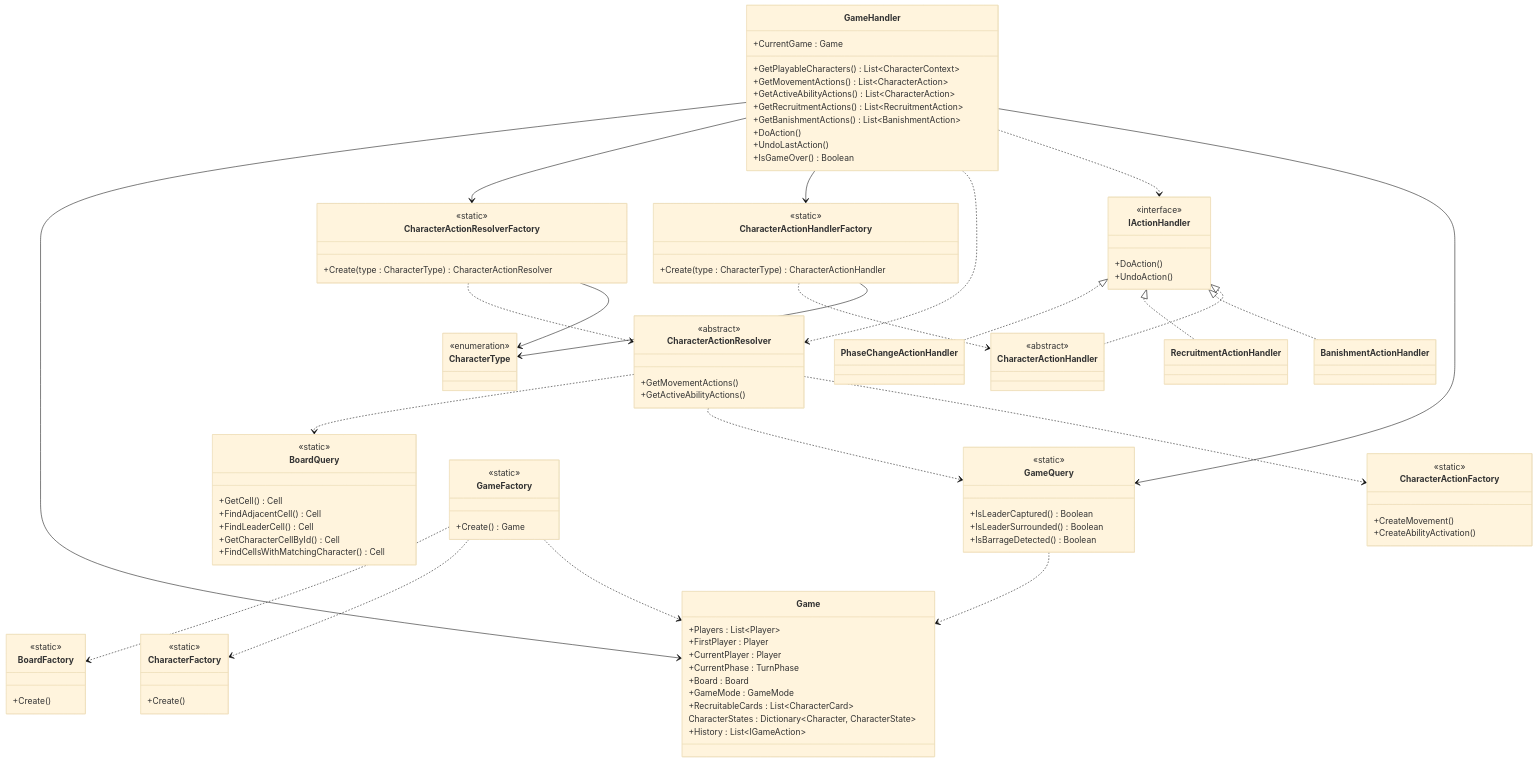
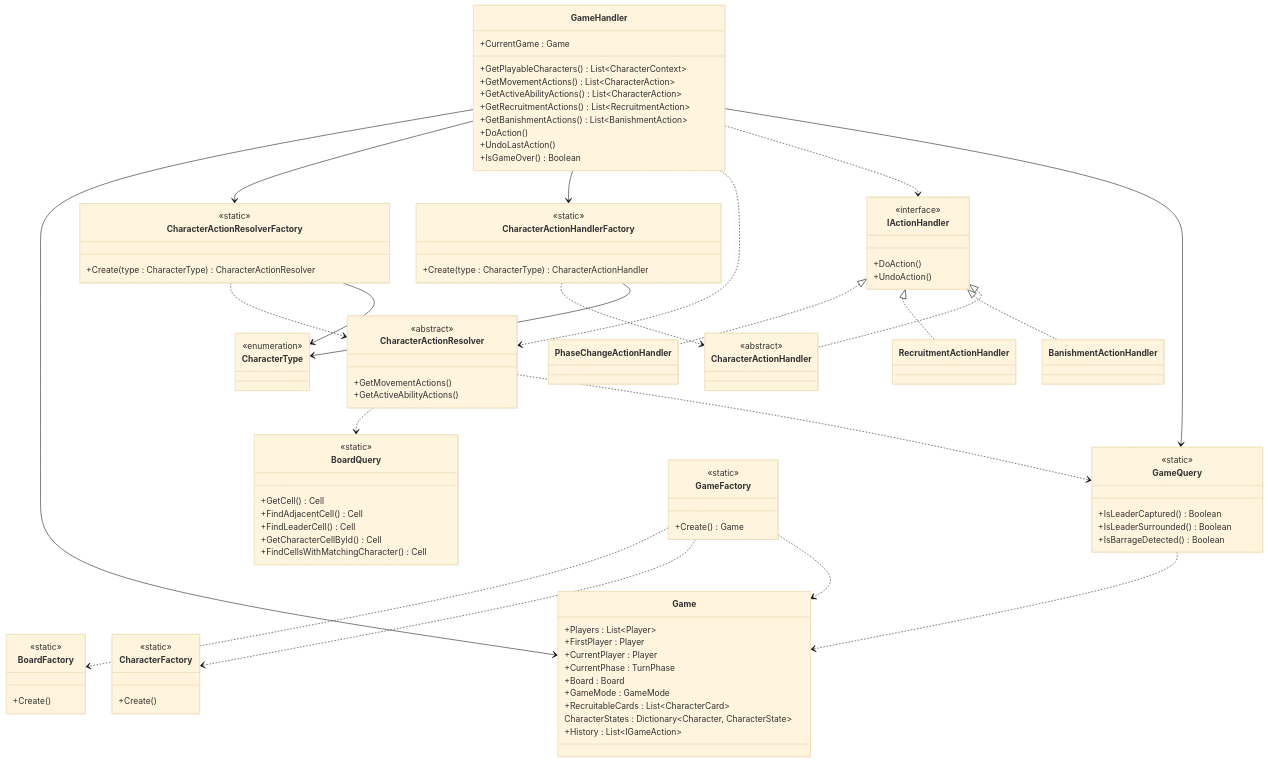
The diagram in docs/GameLogic/uml_logic_gamelogic.mmd (PaulRosselle/leaders_board_game), drawn with Mermaid (base theme) before and after one commit. The commit also changed 1 other file, not shown here.

Commit message:
CharacterActionFactory removed

```diff
--- a/docs/GameLogic/uml_logic_gamelogic.mmd
+++ b/docs/GameLogic/uml_logic_gamelogic.mmd
@@ -1,128 +1,122 @@
 classDiagram
     direction TB
 
     %% Enums
     class CharacterType {
         <<enumeration>>
     }
 
     %% Game
     class Game {
         +Players : List~Player~
         +FirstPlayer : Player
         +CurrentPlayer : Player
         +CurrentPhase : TurnPhase
         +Board : Board
         +GameMode : GameMode
         +RecruitableCards : List~CharacterCard~
         CharacterStates : Dictionary~Character, CharacterState~
         +History : List~IGameAction~
     }
 
     %% Handlers
     class IActionHandler {
         <<interface>>
         +DoAction()
         +UndoAction()
     }
     class PhaseChangeActionHandler
     class RecruitmentActionHandler
     class BanishmentActionHandler
     class CharacterActionHandler {
         <<abstract>>
     }
 
     %% Resolvers
     class CharacterActionResolver {
         <<abstract>>
         +GetMovementActions()
         +GetActiveAbilityActions()
     }
 
     %% Query
     class BoardQuery {
         <<static>>
         +GetCell() Cell
         +FindAdjacentCell() Cell
         +FindLeaderCell() Cell
         +GetCharacterCellById() Cell
         +FindCellsWithMatchingCharacter() Cell
     }
 
     class GameQuery {
         <<static>>
         +IsLeaderCaptured() Boolean
         +IsLeaderSurrounded() Boolean
         +IsBarrageDetected() Boolean
     }
 
     %% Factories
     class BoardFactory {
         <<static>>
         +Create()
     }
     class GameFactory {
         <<static>>
         +Create() Game
     }
     class CharacterFactory {
         <<static>>
         +Create()
     }
-    class CharacterActionFactory {
-        <<static>>
-        +CreateMovement()
-        +CreateAbilityActivation()
-    }
     class CharacterActionResolverFactory {
         <<static>>
         +Create(type : CharacterType) CharacterActionResolver
     }
     class CharacterActionHandlerFactory {
         <<static>>
         +Create(type : CharacterType) CharacterActionHandler
     }
 
     %% GameHandler
     class GameHandler {
         +CurrentGame : Game
         +GetPlayableCharacters() List~CharacterContext~
         +GetMovementActions() List~CharacterAction~
         +GetActiveAbilityActions() List~CharacterAction~
         +GetRecruitmentActions() List~RecruitmentAction~
         +GetBanishmentActions() List~BanishmentAction~
         +DoAction()
         +UndoLastAction()
         +IsGameOver() Boolean
     }
 
     %% Héritage handlers
     IActionHandler <|.. PhaseChangeActionHandler
     IActionHandler <|.. RecruitmentActionHandler
     IActionHandler <|.. BanishmentActionHandler
     IActionHandler <|.. CharacterActionHandler
 
     %% GameFactory produit Game
     GameFactory ..> BoardFactory
     GameFactory ..> CharacterFactory
     GameFactory ..> Game
 
     %% GameHandler
     GameHandler --> Game
     GameHandler --> CharacterActionResolverFactory
     GameHandler --> CharacterActionHandlerFactory
     GameHandler ..> CharacterActionResolver
     GameHandler ..> IActionHandler
     GameHandler --> GameQuery
 
     %% Resolver
     CharacterActionResolver ..> BoardQuery
     CharacterActionResolver ..> GameQuery
-    CharacterActionResolver ..> CharacterActionFactory
     CharacterActionResolverFactory ..> CharacterActionResolver
     CharacterActionResolverFactory --> CharacterType
     CharacterActionHandlerFactory ..> CharacterActionHandler
     CharacterActionHandlerFactory --> CharacterType
 
     %% GameQuery
     GameQuery ..> Game
```
